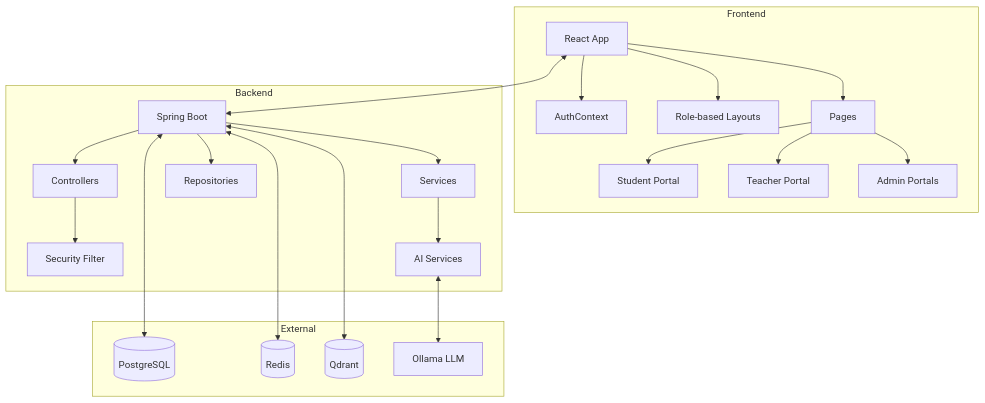
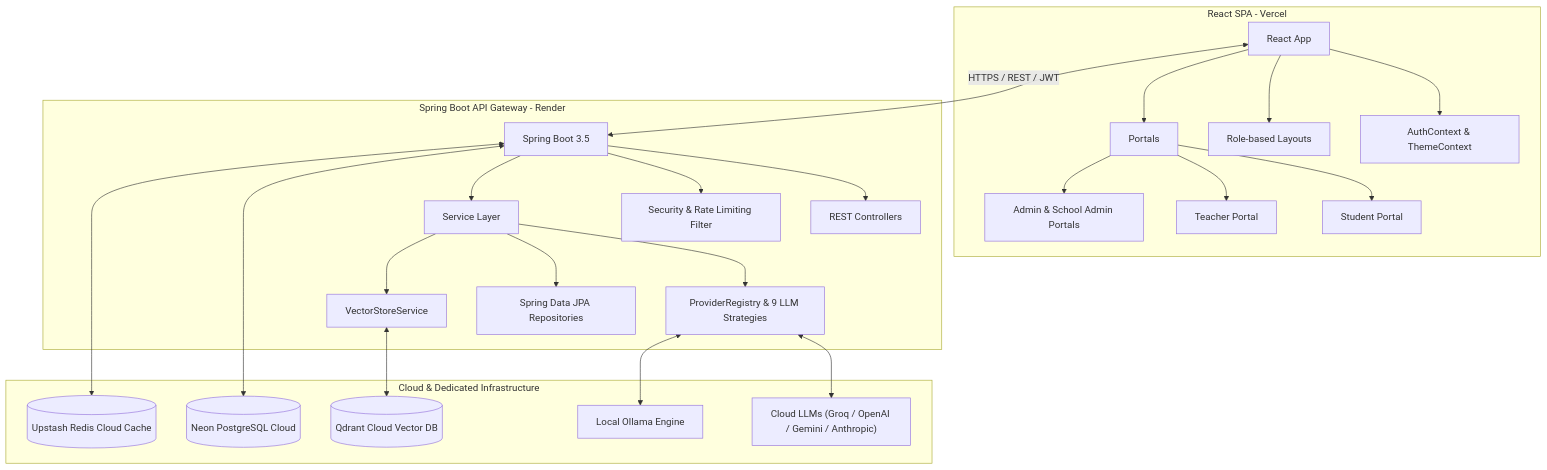
Before and after one commit to Dheerajdvn/AI-School-Management-System: the first of 3 diagrams in Architecture.md, drawn with Mermaid. The commit also changed other lines of this file and 8 other files, not shown here.

````diff
--- a/Architecture.md
+++ b/Architecture.md
@@ -5,32 +5,35 @@
 ```mermaid
 graph TB
-    subgraph Frontend
-        A[React App] --> B[AuthContext]
+    subgraph Frontend [React SPA - Vercel]
+        A[React App] --> B[AuthContext & ThemeContext]
         A --> C[Role-based Layouts]
-        A --> D[Pages]
+        A --> D[Portals]
         D --> E[Student Portal]
         D --> F[Teacher Portal]
-        D --> G[Admin Portals]
+        D --> G[Admin & School Admin Portals]
     end
 
-    subgraph Backend
-        H[Spring Boot] --> I[Controllers]
-        H --> J[Services]
-        H --> K[Repositories]
-        I --> L[Security Filter]
-        J --> M[AI Services]
+    subgraph Backend [Spring Boot API Gateway - Render]
+        H[Spring Boot 3.5] --> I[REST Controllers]
+        H --> L[Security & Rate Limiting Filter]
+        H --> J[Service Layer]
+        J --> ProviderRegistry[ProviderRegistry & 9 LLM Strategies]
+        J --> K[Spring Data JPA Repositories]
+        J --> VectorStore[VectorStoreService]
     end
 
-    subgraph External
-        N[(PostgreSQL)]
-        O[(Redis)]
-        P[(Qdrant)]
-        Q[Ollama LLM]
+    subgraph ExternalServices [Cloud & Dedicated Infrastructure]
+        N[(Neon PostgreSQL Cloud)]
+        O[(Upstash Redis Cloud Cache)]
+        P[(Qdrant Cloud Vector DB)]
+        Q["Cloud LLMs (Groq / OpenAI / Gemini / Anthropic)"]
+        R[Local Ollama Engine]
     end
 
-    A <--> H
+    A <-->|HTTPS / REST / JWT| H
     H <--> N
     H <--> O
-    H <--> P
-    M <--> Q
+    VectorStore <--> P
+    ProviderRegistry <--> Q
+    ProviderRegistry <--> R
 ```
````
